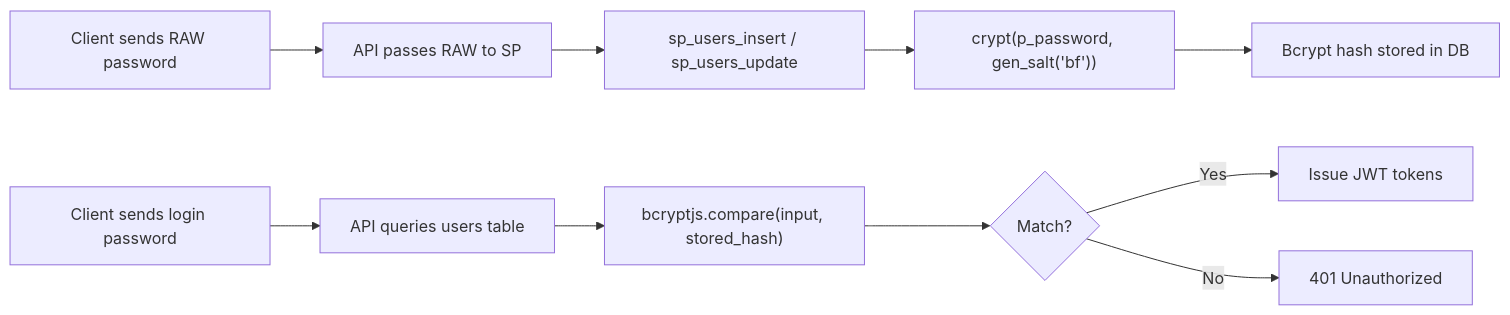
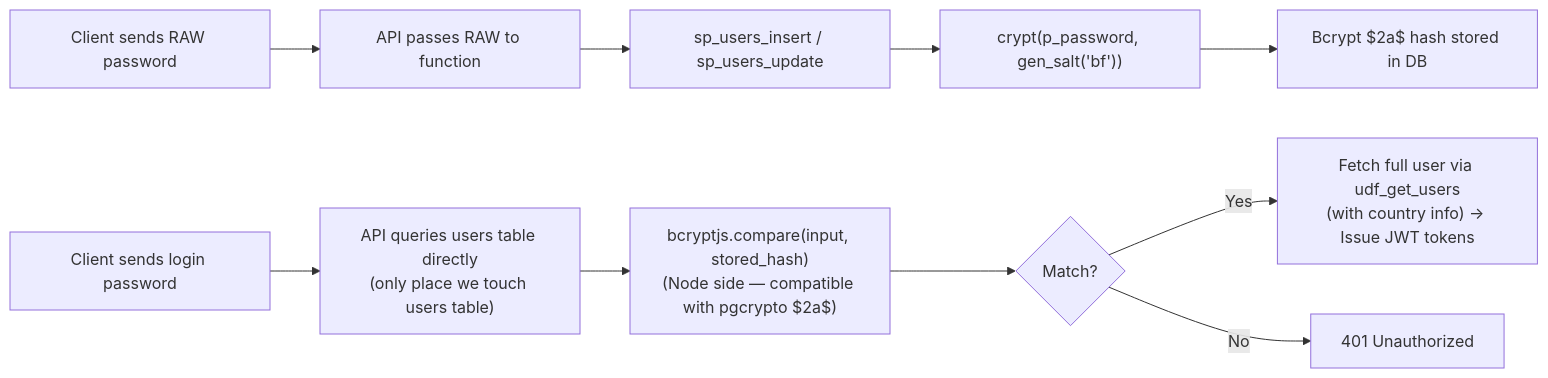
The fifth of 5 diagrams in docs/v1/auth-api-postman-guide.md (girishinindia/growupmore_api), drawn with Mermaid before and after one commit. The commit also changed other lines of this file and 1 other file, not shown here.

````diff
--- a/docs/v1/auth-api-postman-guide.md
+++ b/docs/v1/auth-api-postman-guide.md
@@ -1476,13 +1478,13 @@
 ```mermaid
 flowchart LR
-    A[Client sends RAW password] --> B[API passes RAW to SP]
+    A[Client sends RAW password] --> B[API passes RAW to function]
     B --> C["sp_users_insert / sp_users_update"]
     C --> D["crypt(p_password, gen_salt('bf'))"]
-    D --> E[Bcrypt hash stored in DB]
+    D --> E["Bcrypt $2a$ hash stored in DB"]
 
-    F[Client sends login password] --> G[API queries users table]
-    G --> H["bcryptjs.compare(input, stored_hash)"]
+    F[Client sends login password] --> G["API queries users table directly<br/>(only place we touch users table)"]
+    G --> H["bcryptjs.compare(input, stored_hash)<br/>(Node side — compatible with pgcrypto $2a$)"]
     H --> I{Match?}
-    I -->|Yes| J[Issue JWT tokens]
+    I -->|Yes| J["Fetch full user via udf_get_users<br/>(with country info) → Issue JWT tokens"]
     I -->|No| K[401 Unauthorized]
 ```
````
